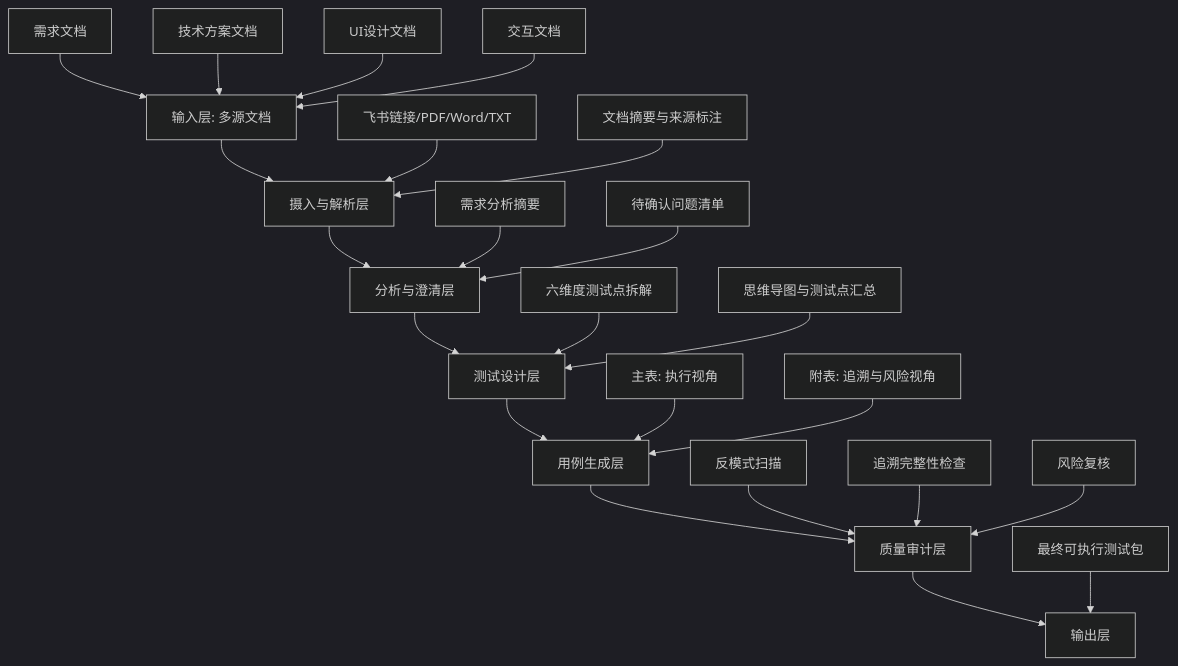
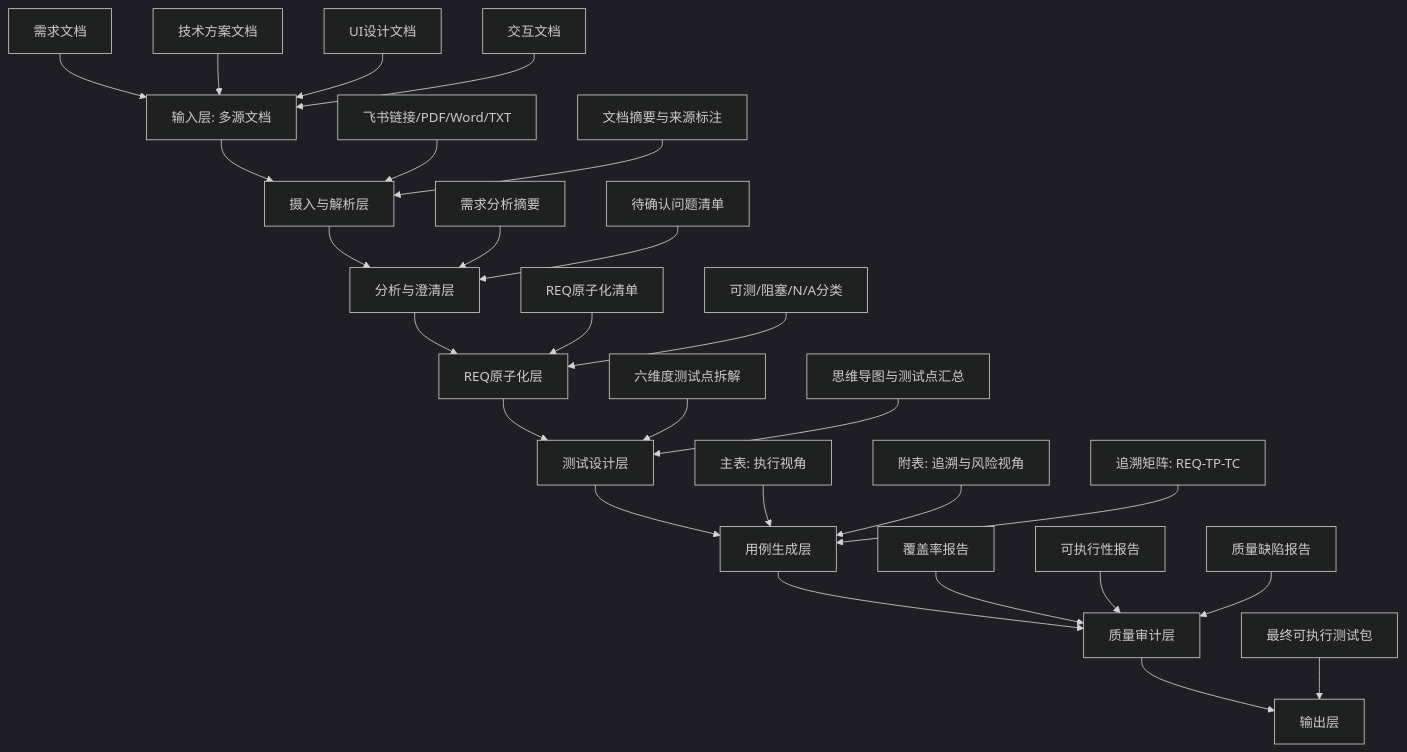
One commit to justinchang1995925-sys/Auto_Test_Case changed the first of 2 diagrams in REQ-TESTCASE-SKILL-ARCHITECTURE.md. Above: the diagram before and after it, drawn with Mermaid (dark theme). The commit also changed other lines of this file and 2 other files, not shown here.

````diff
--- a/REQ-TESTCASE-SKILL-ARCHITECTURE.md
+++ b/REQ-TESTCASE-SKILL-ARCHITECTURE.md
@@ -35,32 +36,37 @@
 ```mermaid
 flowchart TB
     A[输入层: 多源文档] --> B[摄入与解析层]
     B --> C[分析与澄清层]
-    C --> D[测试设计层]
-    D --> E[用例生成层]
-    E --> F[质量审计层]
-    F --> G[输出层]
+    C --> D[REQ原子化层]
+    D --> E[测试设计层]
+    E --> F[用例生成层]
+    F --> G[质量审计层]
+    G --> H[输出层]
 
     A1[需求文档] --> A
     A2[技术方案文档] --> A
     A3[UI设计文档] --> A
     A4[交互文档] --> A
 
     B1[飞书链接/PDF/Word/TXT] --> B
     B2[文档摘要与来源标注] --> B
 
     C1[需求分析摘要] --> C
     C2[待确认问题清单] --> C
 
-    D1[六维度测试点拆解] --> D
-    D2[思维导图与测试点汇总] --> D
+    D1[REQ原子化清单] --> D
+    D2[可测/阻塞/N/A分类] --> D
 
-    E1[主表: 执行视角] --> E
-    E2[附表: 追溯与风险视角] --> E
+    E1[六维度测试点拆解] --> E
+    E2[思维导图与测试点汇总] --> E
 
-    F1[反模式扫描] --> F
-    F2[追溯完整性检查] --> F
-    F3[风险复核] --> F
+    F1[主表: 执行视角] --> F
+    F2[附表: 追溯与风险视角] --> F
+    F3[追溯矩阵: REQ-TP-TC] --> F
 
-    G1[最终可执行测试包] --> G
+    G1[覆盖率报告] --> G
+    G2[可执行性报告] --> G
+    G3[质量缺陷报告] --> G
+
+    H1[最终可执行测试包] --> H
 ```
````
